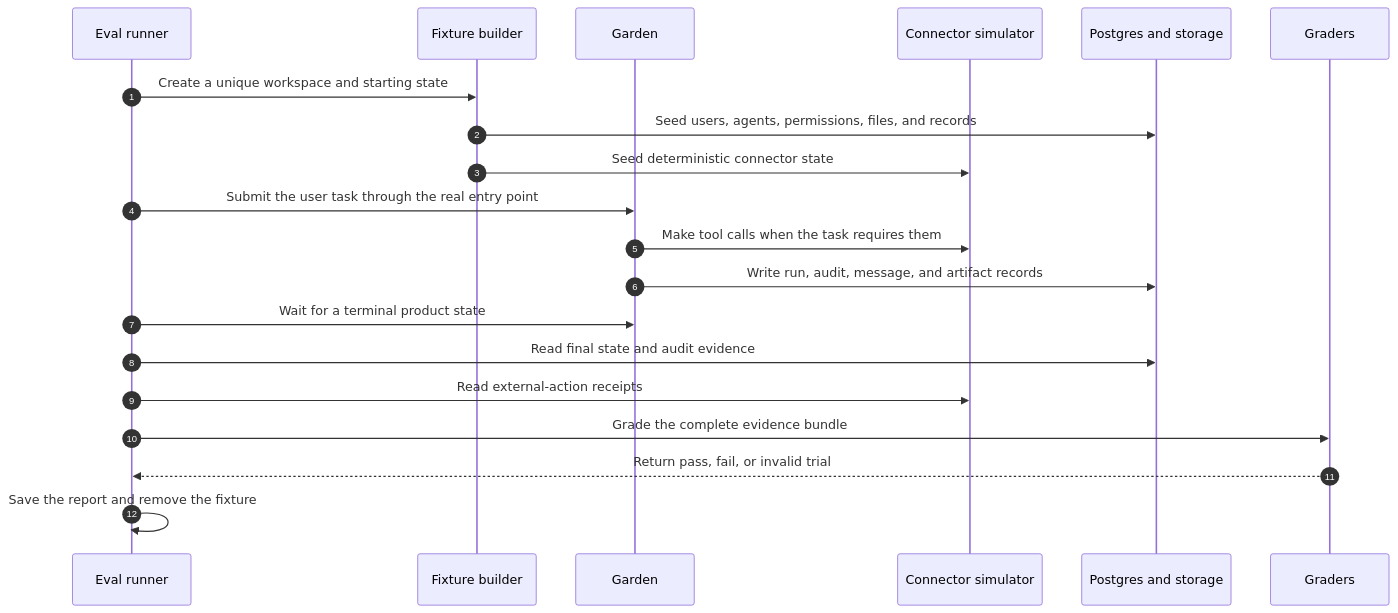
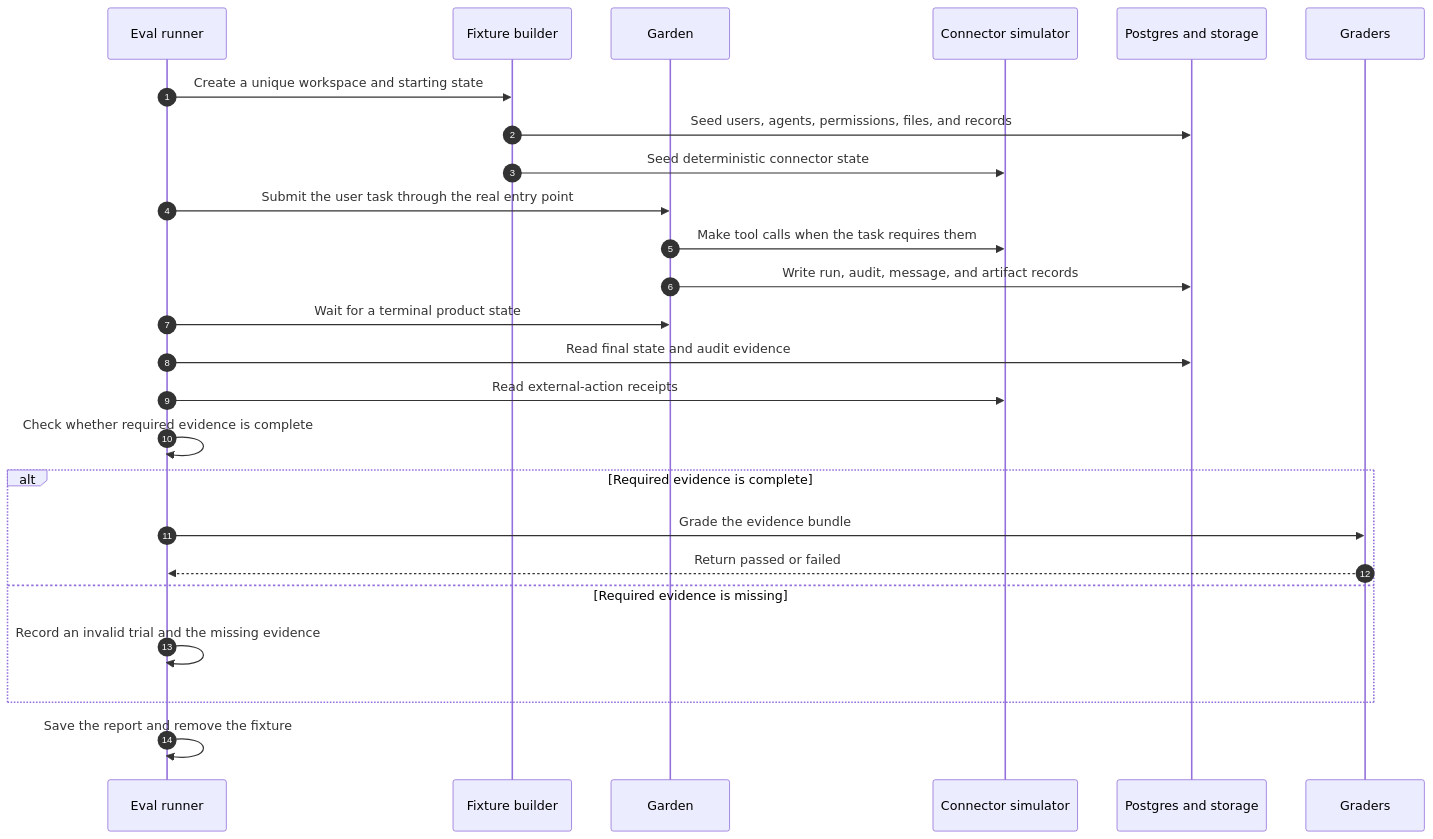
One commit to Flow-Research/garden changed the third of 9 diagrams in docs/features/evaluation-system-design.md. Above: the diagram before and after it, drawn with Mermaid. The commit also changed other lines of this file and 5 other files, not shown here.

````diff
--- a/docs/features/evaluation-system-design.md
+++ b/docs/features/evaluation-system-design.md
@@ -139,23 +146,28 @@
 ```mermaid
 sequenceDiagram
   autonumber
   participant R as Eval runner
   participant F as Fixture builder
   participant G as Garden
   participant C as Connector simulator
   participant D as Postgres and storage
   participant X as Graders
 
   R->>F: Create a unique workspace and starting state
   F->>D: Seed users, agents, permissions, files, and records
   F->>C: Seed deterministic connector state
   R->>G: Submit the user task through the real entry point
   G->>C: Make tool calls when the task requires them
   G->>D: Write run, audit, message, and artifact records
   R->>G: Wait for a terminal product state
   R->>D: Read final state and audit evidence
   R->>C: Read external-action receipts
-  R->>X: Grade the complete evidence bundle
-  X-->>R: Return pass, fail, or invalid trial
+  R->>R: Check whether required evidence is complete
+  alt Required evidence is complete
+    R->>X: Grade the evidence bundle
+    X-->>R: Return passed or failed
+  else Required evidence is missing
+    R->>R: Record an invalid trial and the missing evidence
+  end
   R->>R: Save the report and remove the fixture
 ```
````
